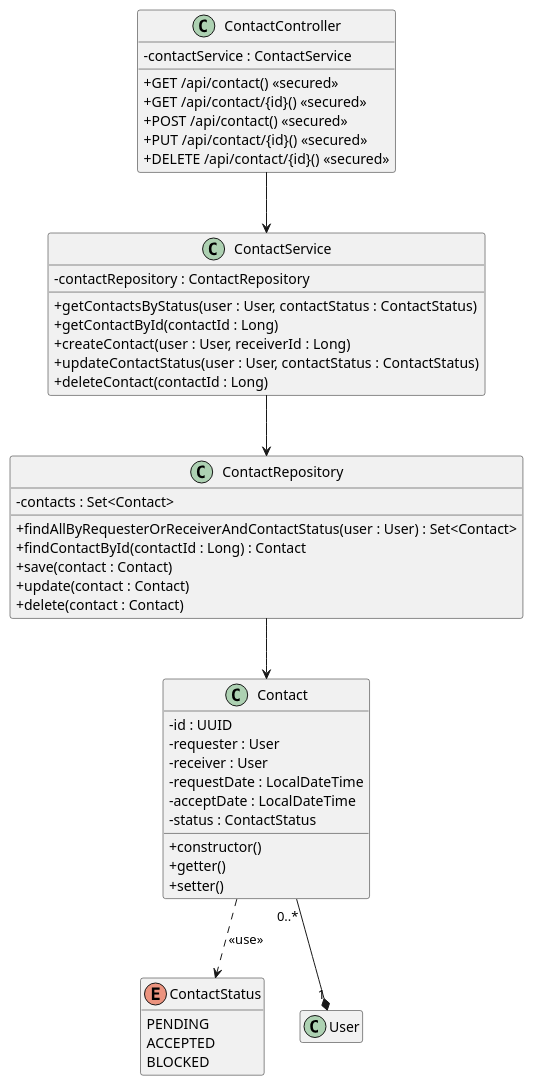
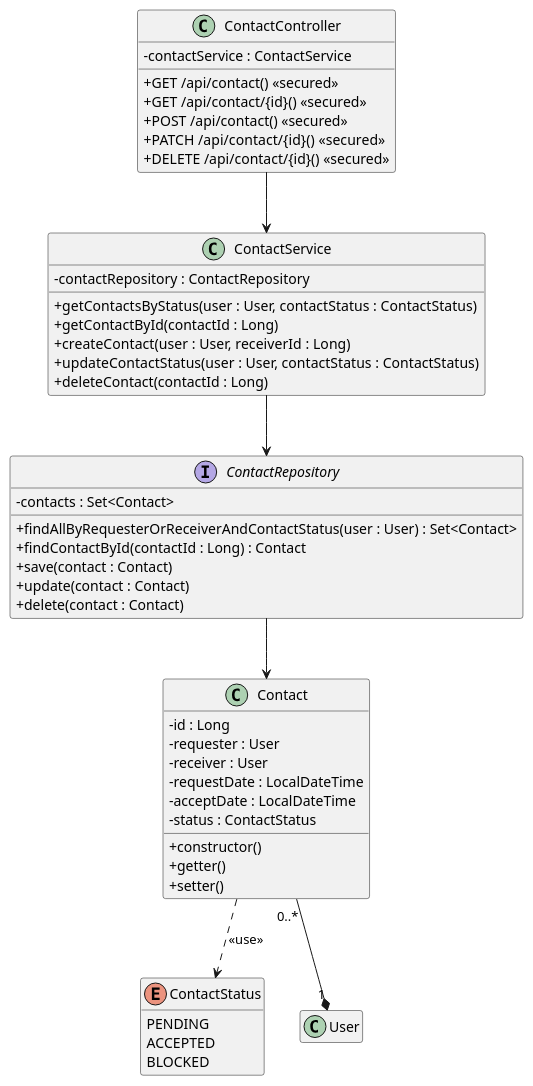
Before and after one commit to SpaghettiCodeGang/TryLater-Server: the diagram in uml/class/Class_Contact.puml, drawn with PlantUML. The commit also changed 4 other files, not shown here.

Commit message:
update: changes uuid to long and adds the image class to the full class diagram

```diff
--- a/uml/class/Class_Contact.puml
+++ b/uml/class/Class_Contact.puml
@@ -1,52 +1,52 @@
 @startuml
 skinparam classAttributeIconSize 0
 hide empty members
 
 enum ContactStatus {
     PENDING
     ACCEPTED
     BLOCKED
 }
 class Contact {
-    - id : UUID
+    - id : Long
     - requester : User
     - receiver : User
     - requestDate : LocalDateTime
     - acceptDate : LocalDateTime
     - status : ContactStatus
     + constructor()
     + getter()
     + setter()
 }
-class ContactRepository {
+interface ContactRepository {
     - contacts : Set<Contact>
     + findAllByRequesterOrReceiverAndContactStatus(user : User) : Set<Contact>
     + findContactById(contactId : Long) : Contact
     + save(contact : Contact)
     + update(contact : Contact)
     + delete(contact : Contact)
 }
 class ContactService {
     - contactRepository : ContactRepository
     + getContactsByStatus(user : User, contactStatus : ContactStatus)
     + getContactById(contactId : Long)
     + createContact(user : User, receiverId : Long)
     + updateContactStatus(user : User, contactStatus : ContactStatus)
     + deleteContact(contactId : Long)
 }
 class ContactController {
     - contactService : ContactService
     + GET /api/contact() <<secured>>
     + GET /api/contact/{id}() <<secured>>
     + POST /api/contact() <<secured>>
-    + PUT /api/contact/{id}() <<secured>>
+    + PATCH /api/contact/{id}() <<secured>>
     + DELETE /api/contact/{id}() <<secured>>
 }
 
 Contact "0..*" --* "1" User
 Contact ..> ContactStatus : <<use>>
 ContactRepository --> Contact
 ContactService --> ContactRepository
 ContactController --> ContactService
 
 @enduml
```
